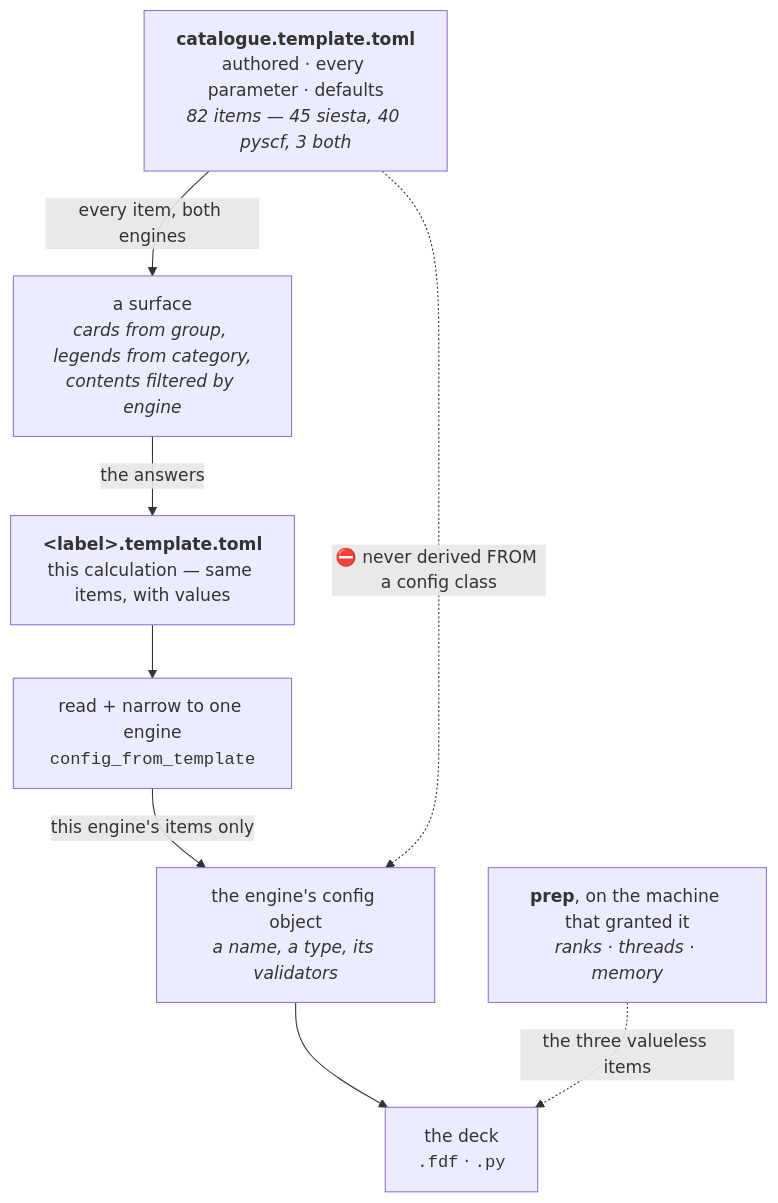
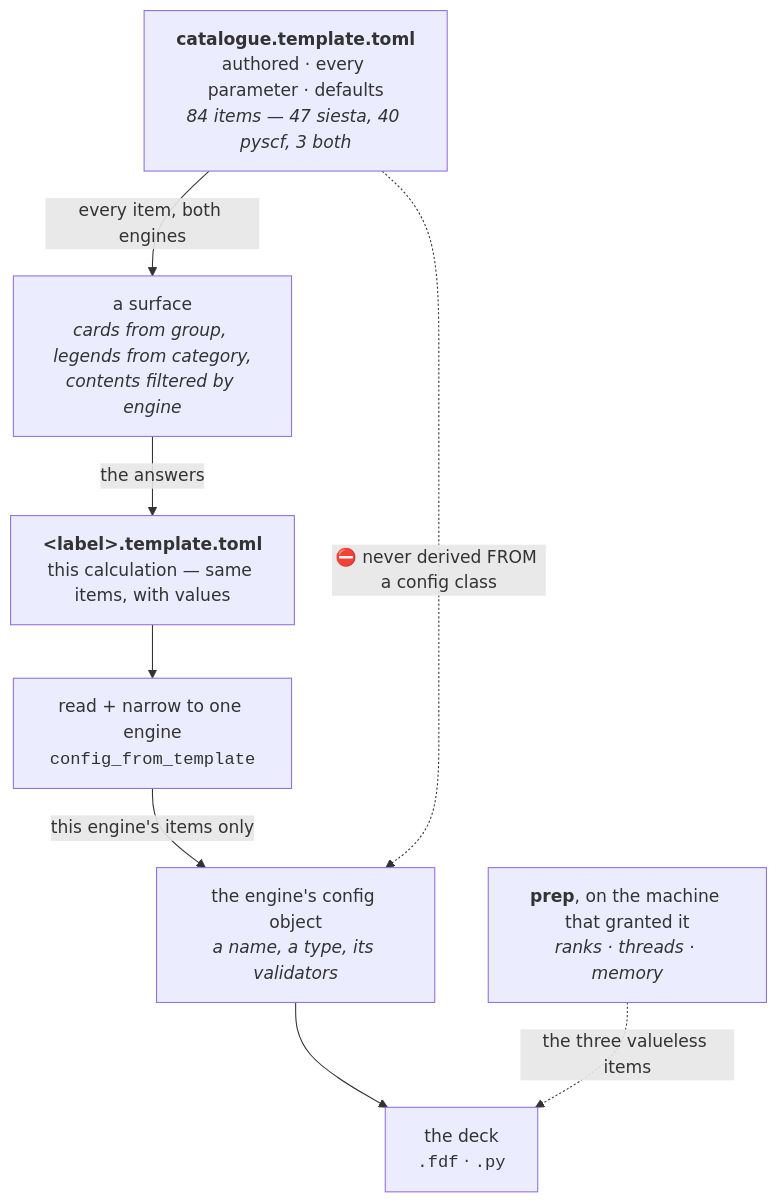
One commit to Qing-LAB/molbuilder changed the second of 8 diagrams in docs/engines/template.md. Above: the diagram before and after it, drawn with Mermaid. The commit also changed other lines of this file and 19 other files, not shown here.

````diff
--- a/docs/engines/template.md
+++ b/docs/engines/template.md
@@ -460,19 +463,19 @@
 ```mermaid
 flowchart TD
-    CAT["<b>catalogue.template.toml</b><br/>authored · every parameter · defaults<br/><i>82 items — 45 siesta, 40 pyscf, 3 both</i>"]
+    CAT["<b>catalogue.template.toml</b><br/>authored · every parameter · defaults<br/><i>84 items — 47 siesta, 40 pyscf, 3 both</i>"]
     UI["a surface<br/><i>cards from group, legends from category,<br/>contents filtered by engine</i>"]
     TPL["<b>&lt;label&gt;.template.toml</b><br/>this calculation — same items, with values"]
     RD["read + narrow to one engine<br/><code>config_from_template</code>"]
     CFG["the engine's config object<br/><i>a name, a type, its validators</i>"]
     DECK["the deck<br/><code>.fdf</code> · <code>.py</code>"]
     ALLOC["<b>prep</b>, on the machine that granted it<br/><i>ranks · threads · memory</i>"]
 
     CAT -->|"every item, both engines"| UI
     UI -->|"the answers"| TPL
     TPL --> RD
     RD -->|"this engine's items only"| CFG
     CFG --> DECK
     ALLOC -.->|"the three valueless items"| DECK
 
     CAT -.->|"⛔ never derived FROM a config class"| CFG
 ```
````
